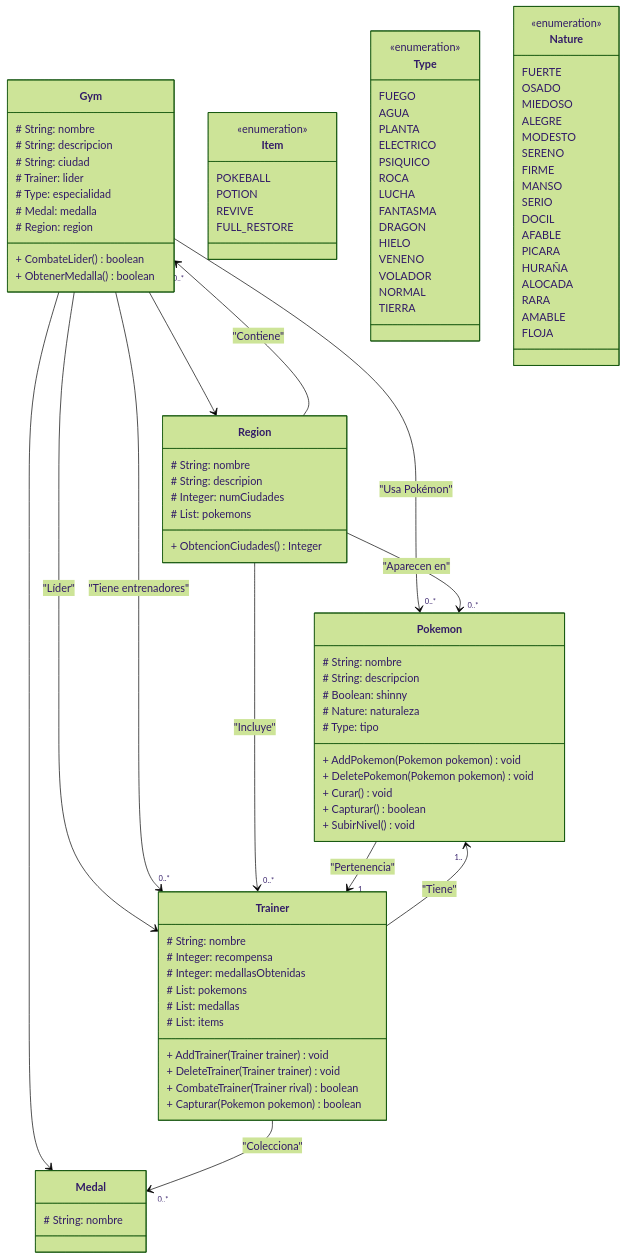
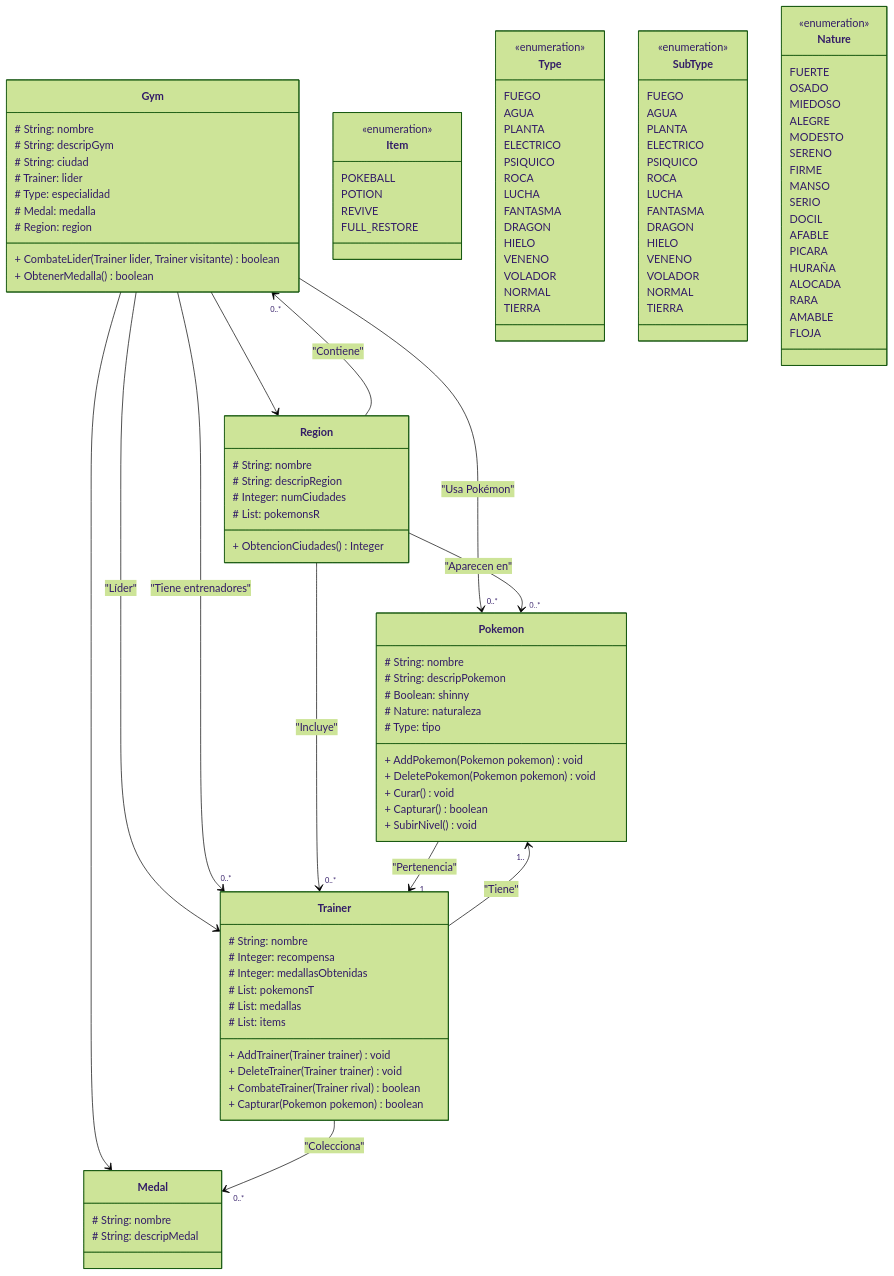
The diagram in EEDD/PokeDev/Readme.md (AngelRagel05/Angel-1DAW), drawn with Mermaid (forest theme) before and after one commit.

Commit message:
avance UML PokeDev

```diff
--- a/EEDD/PokeDev/Readme.md
+++ b/EEDD/PokeDev/Readme.md
@@ -3,29 +3,29 @@
 
         class Gym {
             # String: nombre
-            # String: descripcion
+            # String: descripGym
             # String: ciudad
             # Trainer: lider
             # Type: especialidad
             # Medal: medalla
             # Region: region
 
-            + CombateLider () boolean
+            + CombateLider (Trainer lider, Trainer visitante) boolean
             + ObtenerMedalla () boolean
         }
 
         class Region {
             # String: nombre
-            # String: descripion
+            # String: descripRegion
             # Integer: numCiudades
-            # List<Pokemon>: pokemons
+            # List<Pokemon>: pokemonsR
 
             + ObtencionCiudades () Integer
         }
 
         class Pokemon {
             # String: nombre
-            # String: descripcion
+            # String: descripPokemon
             # Boolean: shinny
             # Nature: naturaleza
             # Type: tipo
@@ -41,7 +41,7 @@
             # String: nombre
             # Integer: recompensa
             # Integer: medallasObtenidas
-            # List<Pokemon>: pokemons
+            # List<Pokemon>: pokemonsT
             # List<Medal>: medallas
             # List<Item>: items
 
@@ -53,6 +53,7 @@
 
         class Medal {
             # String: nombre
+            # String: descripMedal
         }
 
         class Item {
@@ -64,6 +65,24 @@
         }
 
         class Type {
+            <<enumeration>>
+            FUEGO
+            AGUA
+            PLANTA
+            ELECTRICO
+            PSIQUICO
+            ROCA
+            LUCHA
+            FANTASMA
+            DRAGON
+            HIELO
+            VENENO
+            VOLADOR
+            NORMAL
+            TIERRA 
+        }
+
+        class SubType {
             <<enumeration>>
             FUEGO
             AGUA
```
